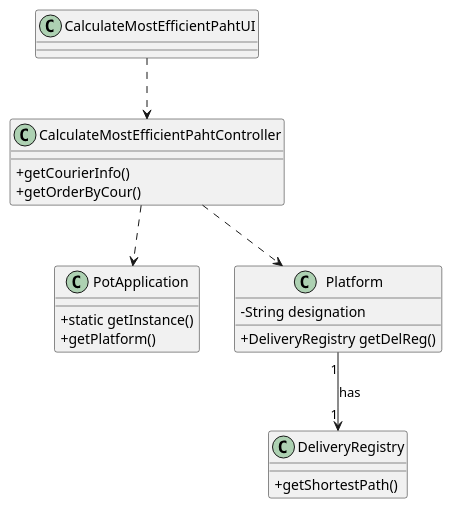
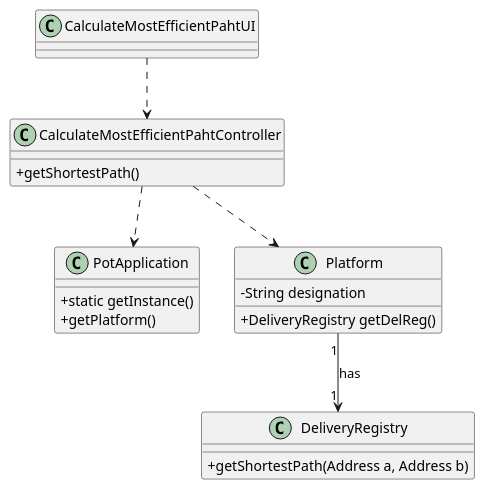
Before and after one commit to tiagoavcosta25/LAPR3: the diagram in docs/Iteration 1/Delivery Management/US23_CalculateMostEfficientPath/US23_CD.puml, drawn with PlantUML. The commit also changed 13 other files, not shown here.

```diff
--- a/docs/Iteration 1/Delivery Management/US23_CalculateMostEfficientPath/US23_CD.puml
+++ b/docs/Iteration 1/Delivery Management/US23_CalculateMostEfficientPath/US23_CD.puml
@@ -1,33 +1,32 @@
 @startuml
 skinparam classAttributeIconSize 0
 
 class PotApplication
 {
   +static getInstance()
   +getPlatform()
 }
 
 class CalculateMostEfficientPahtUI{
 
 }
 
 class CalculateMostEfficientPahtController{
-+getCourierInfo()
-+getOrderByCour()
++getShortestPath()
 }
 
 class Platform {
   -String designation
   +DeliveryRegistry getDelReg()
 }
 class DeliveryRegistry{
-+getShortestPath()
++getShortestPath(Address a, Address b)
 }
 
 
 
 CalculateMostEfficientPahtUI ..> CalculateMostEfficientPahtController
 CalculateMostEfficientPahtController ..> Platform
 CalculateMostEfficientPahtController ..> PotApplication
 Platform "1" --> "1" DeliveryRegistry : has
 @enduml
```
